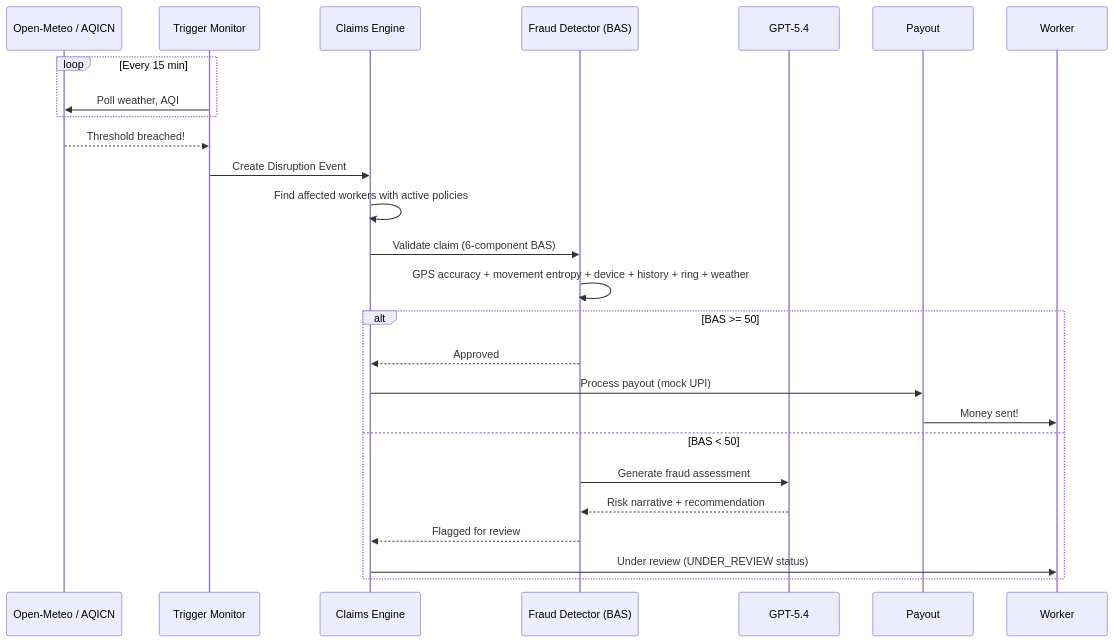
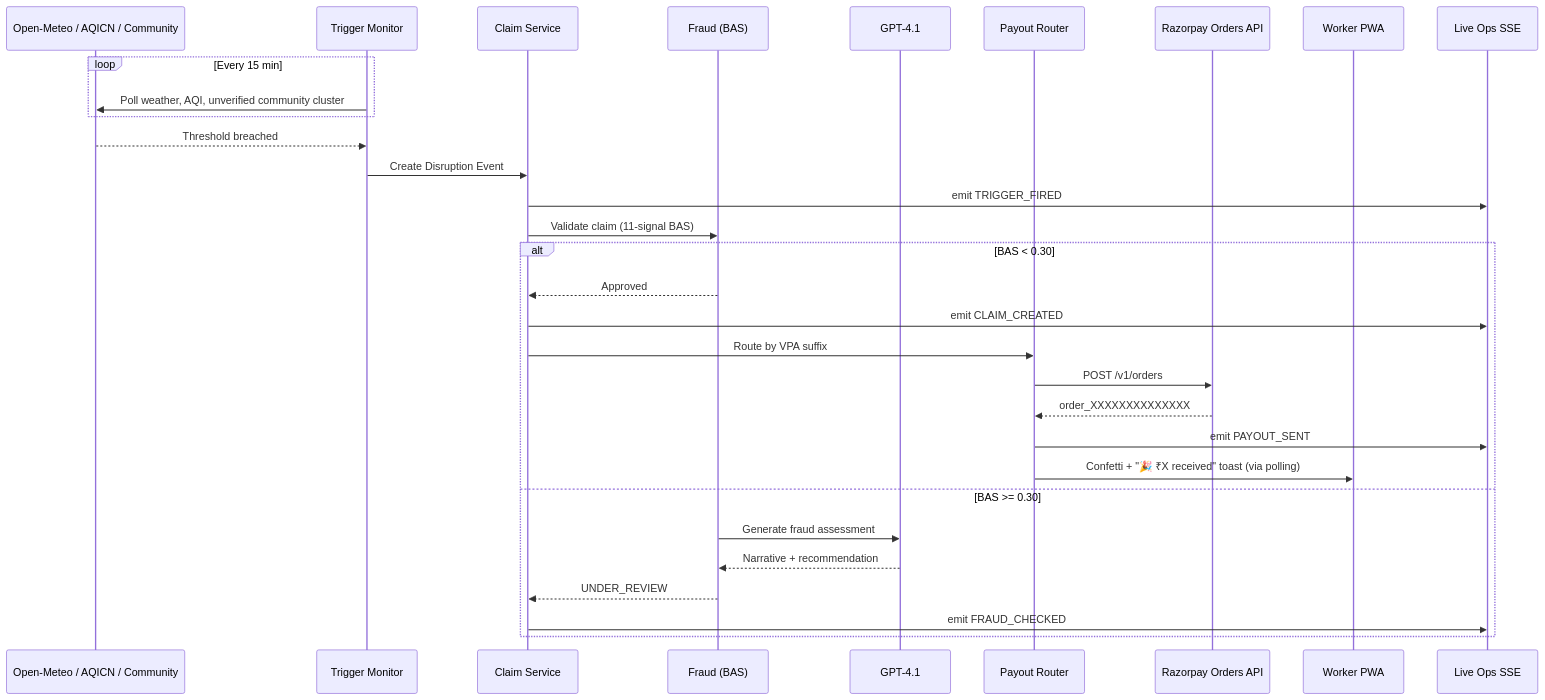
The second of 3 diagrams in README.md (uroy80/TeamVoid-Guidewire-Devtrails), drawn with Mermaid before and after one commit. The commit also changed other lines of this file and 3 other files, not shown here.

````diff
--- a/README.md
+++ b/README.md
@@ -351,31 +409,36 @@
 ```mermaid
 sequenceDiagram
-    participant OM as Open-Meteo / AQICN
+    participant OM as Open-Meteo / AQICN / Community
     participant TM as Trigger Monitor
-    participant CE as Claims Engine
-    participant FD as Fraud Detector (BAS)
-    participant GPT as GPT-5.4
-    participant PO as Payout
-    participant W as Worker
+    participant CE as Claim Service
+    participant FD as Fraud (BAS)
+    participant GPT as GPT-4.1
+    participant PO as Payout Router
+    participant RZP as Razorpay Orders API
+    participant W as Worker PWA
+    participant SSE as Live Ops SSE
 
     loop Every 15 min
-        TM->>OM: Poll weather, AQI
+        TM->>OM: Poll weather, AQI, unverified community cluster
     end
 
-    OM-->>TM: Threshold breached!
+    OM-->>TM: Threshold breached
     TM->>CE: Create Disruption Event
-    CE->>CE: Find affected workers with active policies
-    CE->>FD: Validate claim (6-component BAS)
-    FD->>FD: GPS accuracy + movement entropy + device + history + ring + weather
+    CE->>SSE: emit TRIGGER_FIRED
+    CE->>FD: Validate claim (11-signal BAS)
 
-    alt BAS >= 50
+    alt BAS < 0.30
         FD-->>CE: Approved
-        CE->>PO: Process payout (mock UPI)
-        PO->>W: Money sent!
-    else BAS < 50
+        CE->>SSE: emit CLAIM_CREATED
+        CE->>PO: Route by VPA suffix
+        PO->>RZP: POST /v1/orders
+        RZP-->>PO: order_XXXXXXXXXXXXXX
+        PO->>SSE: emit PAYOUT_SENT
+        PO->>W: Confetti + "🎉 ₹X received" toast (via polling)
+    else BAS >= 0.30
         FD->>GPT: Generate fraud assessment
-        GPT-->>FD: Risk narrative + recommendation
-        FD-->>CE: Flagged for review
-        CE->>W: Under review (UNDER_REVIEW status)
+        GPT-->>FD: Narrative + recommendation
+        FD-->>CE: UNDER_REVIEW
+        CE->>SSE: emit FRAUD_CHECKED
     end
 ```
````
